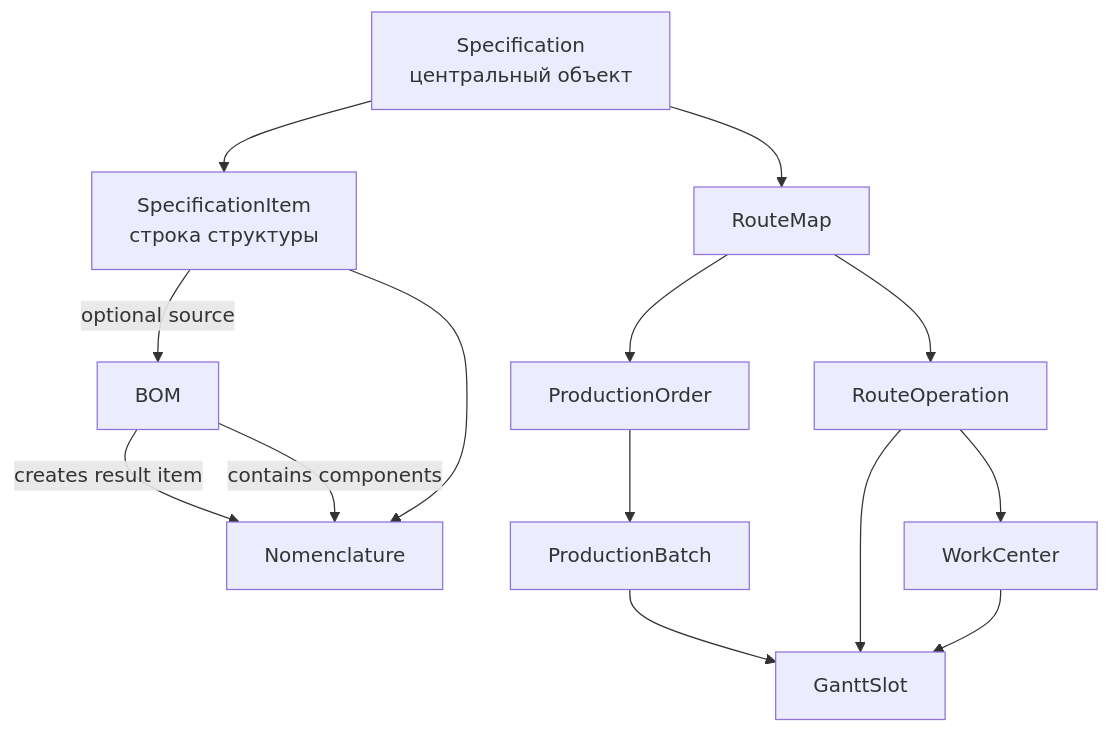
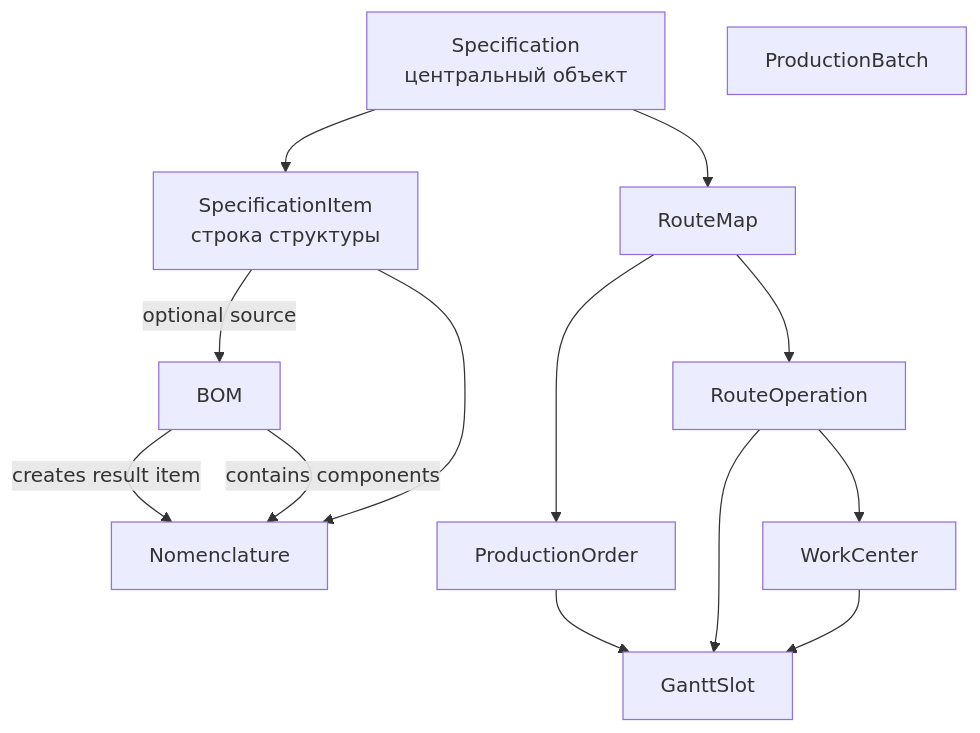
The sixth of 6 diagrams in docs/object-relationship-map.md (vladislav241194/mes-staging), drawn with Mermaid before and after one commit. The commit also changed other lines of this file and 9 other files, not shown here.

````diff
--- a/docs/object-relationship-map.md
+++ b/docs/object-relationship-map.md
@@ -434,27 +429,26 @@
 ```mermaid
 flowchart TB
   SPEC["Specification<br/>центральный объект"]
   STRUCT["SpecificationItem<br/>строка структуры"]
   NOM["Nomenclature"]
   BOM["BOM"]
   ROUTE["RouteMap"]
   OP["RouteOperation"]
   ORDER["ProductionOrder"]
   BATCH["ProductionBatch"]
   SLOT["GanttSlot"]
   WC["WorkCenter"]
 
   BOM -->|"creates result item"| NOM
   BOM -->|"contains components"| NOM
   SPEC --> STRUCT
   STRUCT --> NOM
   STRUCT -->|"optional source"| BOM
   SPEC --> ROUTE
   ROUTE --> OP
   OP --> WC
   ROUTE --> ORDER
-  ORDER --> BATCH
-  BATCH --> SLOT
+  ORDER --> SLOT
   OP --> SLOT
   WC --> SLOT
 ```
````
